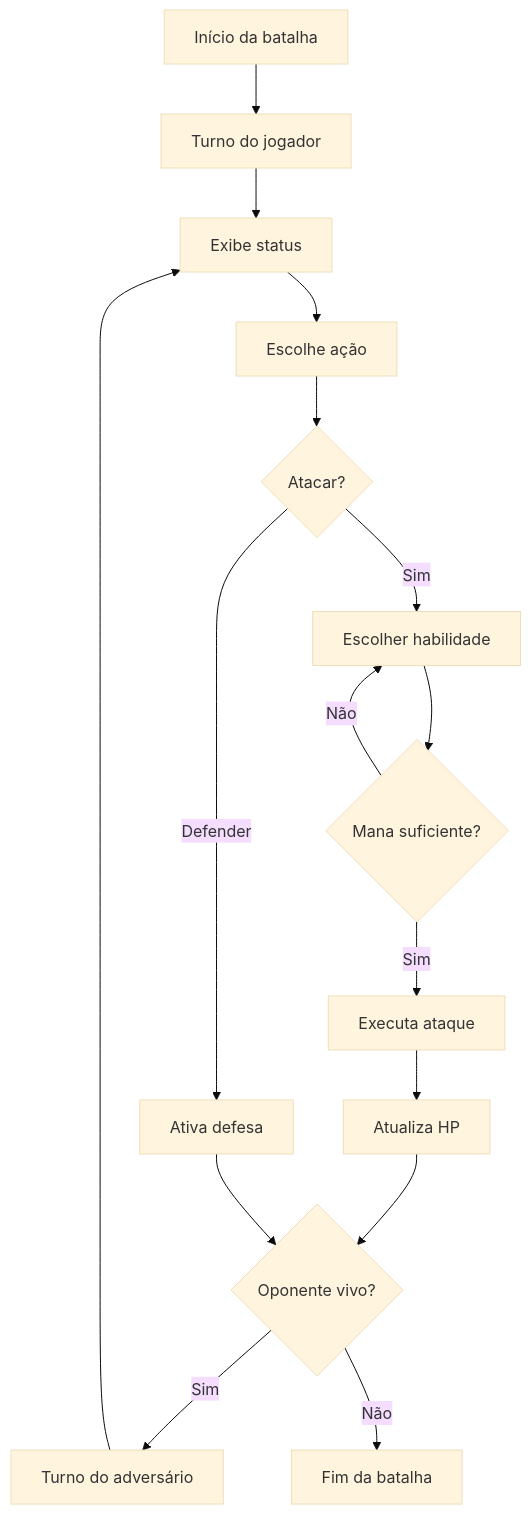
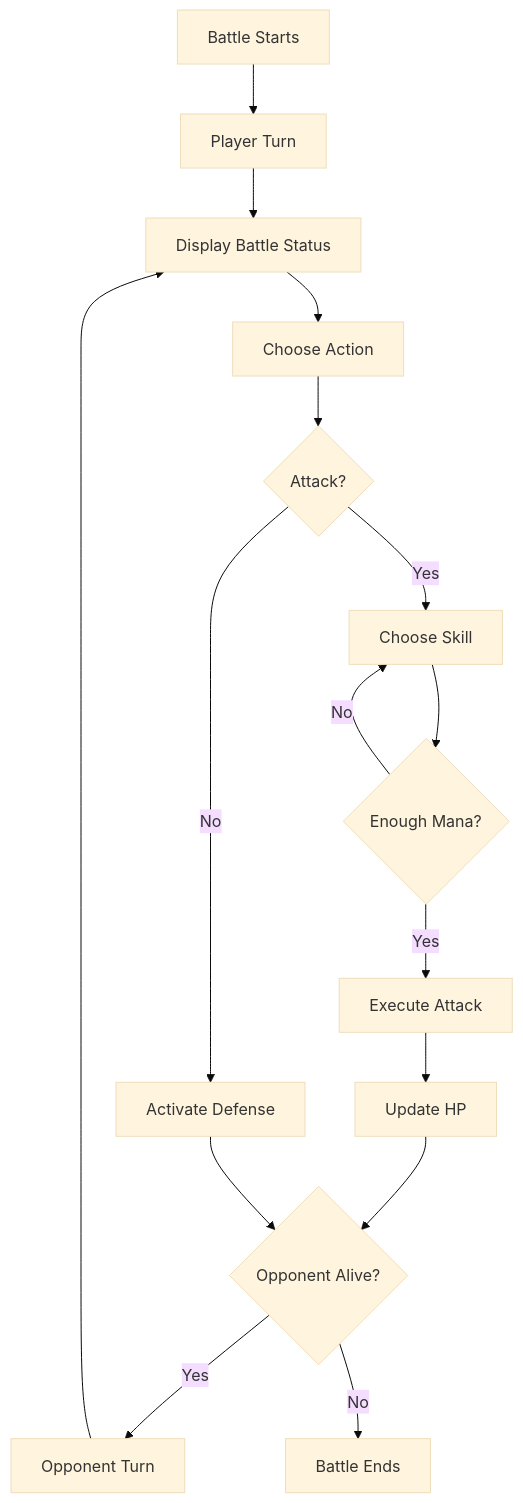
Before and after one commit to G4vi1/Turn-based-battle-game: the first of 3 diagrams in README.md, drawn with Mermaid (base theme). The commit also changed other lines of this file, not shown here.

````diff
--- a/README.md
+++ b/README.md
@@ -29,35 +31,35 @@
 ```mermaid
 flowchart TD
 
-A[Início da batalha]
+A[Battle Starts]
 
-A --> B[Turno do jogador]
+A --> B[Player Turn]
 
-B --> C[Exibe status]
+B --> C[Display Battle Status]
 
-C --> D[Escolhe ação]
+C --> D[Choose Action]
 
-D --> E{Atacar?}
+D --> E{Attack?}
 
-E -- Sim --> F[Escolher habilidade]
+E -- Yes --> F[Choose Skill]
 
-F --> G{Mana suficiente?}
+F --> G{Enough Mana?}
 
-G -- Não --> F
+G -- No --> F
 
-G -- Sim --> H[Executa ataque]
+G -- Yes --> H[Execute Attack]
 
-H --> I[Atualiza HP]
+H --> I[Update HP]
 
-E -- Defender --> J[Ativa defesa]
+E -- No --> J[Activate Defense]
 
-I --> K{Oponente vivo?}
+I --> K{Opponent Alive?}
 
 J --> K
 
-K -- Sim --> L[Turno do adversário]
+K -- Yes --> L[Opponent Turn]
 
 L --> C
 
-K -- Não --> M[Fim da batalha]
+K -- No --> M[Battle Ends]
 ```
````
